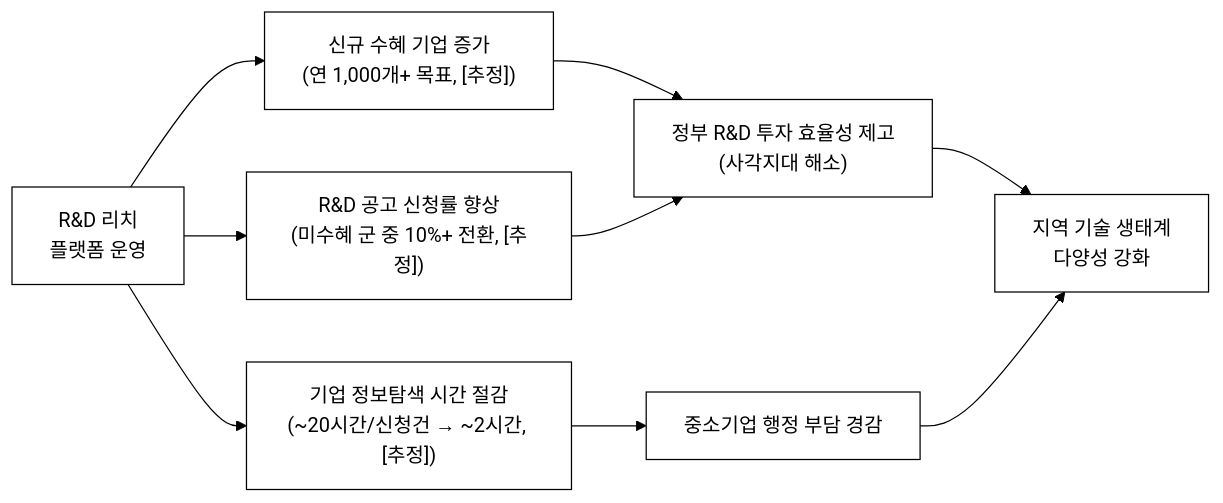
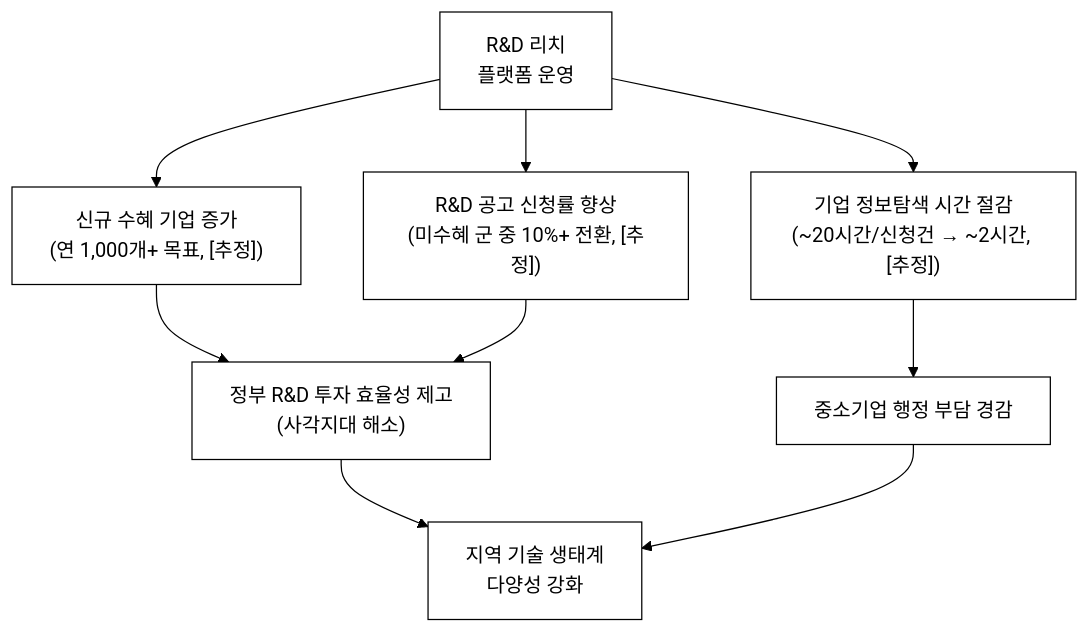
The second of 2 diagrams in 42-R&D-미신청-중소발굴/biz/1_제안서.md (iamywl/pulicdata-congress), drawn with Mermaid before and after one commit. The commit also changed 44 other files, not shown here.

````diff
--- a/42-R&D-미신청-중소발굴/biz/1_제안서.md
+++ b/42-R&D-미신청-중소발굴/biz/1_제안서.md
@@ -61,13 +61,13 @@
 ```mermaid
 %%{init: {'theme':'base','themeVariables':{'background':'#ffffff','primaryColor':'#ffffff','primaryBorderColor':'#000000','primaryTextColor':'#000000','secondaryColor':'#ffffff','secondaryBorderColor':'#000000','secondaryTextColor':'#000000','tertiaryColor':'#ffffff','tertiaryBorderColor':'#000000','tertiaryTextColor':'#000000','mainBkg':'#ffffff','secondBkg':'#ffffff','lineColor':'#000000','textColor':'#000000','clusterBkg':'#ffffff','clusterBorder':'#000000','edgeLabelBackground':'#ffffff','actorBkg':'#ffffff','actorBorder':'#000000','noteBkgColor':'#ffffff','noteBorderColor':'#000000','signalColor':'#000000','signalTextColor':'#000000','fontFamily':'Georgia, serif'}}}%%
-flowchart LR
+flowchart TD
     P["R&D 리치<br/>플랫폼 운영"]
     P --> E1["신규 수혜 기업 증가<br/>(연 1,000개+ 목표, [추정])"]
     P --> E2["기업 정보탐색 시간 절감<br/>(~20시간/신청건 → ~2시간, [추정])"]
     P --> E3["R&D 공고 신청률 향상<br/>(미수혜 군 중 10%+ 전환, [추정])"]
     E1 --> F1["정부 R&D 투자 효율성 제고<br/>(사각지대 해소)"]
     E2 --> F2["중소기업 행정 부담 경감"]
     E3 --> F1
     F1 --> G["지역 기술 생태계<br/>다양성 강화"]
     F2 --> G
 ```
````
